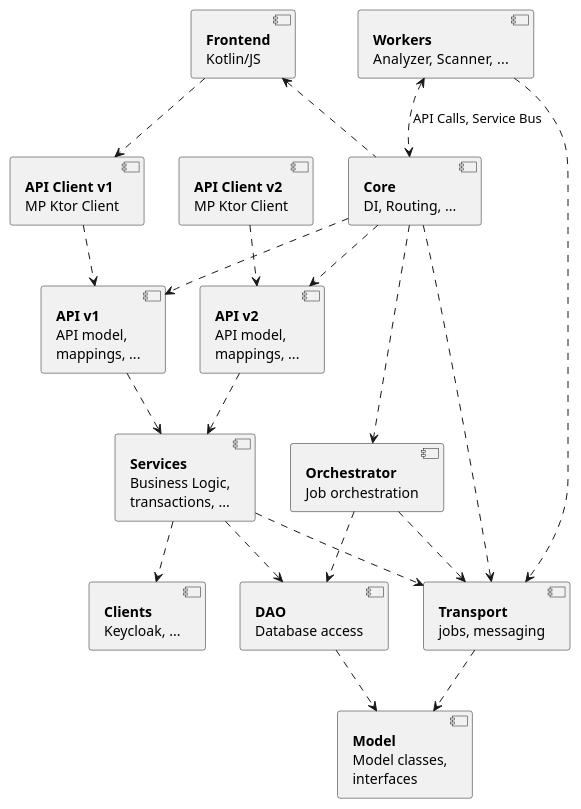
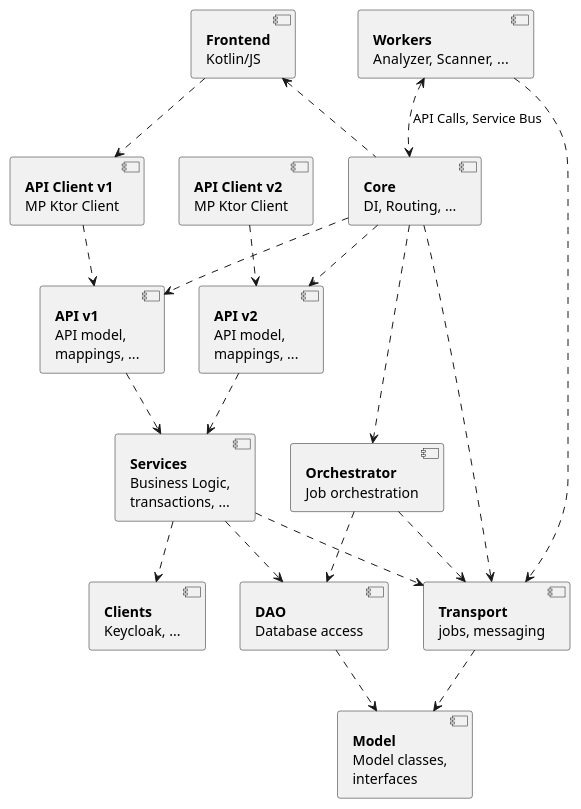
Before and after one commit to eclipse-apoapsis/ort-server: the diagram in docs/architecture/gradle_modules.puml, drawn with PlantUML. The commit also changed other lines of this file, not shown here.

```diff
--- a/docs/architecture/gradle_modules.puml
+++ b/docs/architecture/gradle_modules.puml
@@ -1,92 +1,92 @@
 @startuml
-
-component Core [
-<b>Core</b>
-DI, Routing, ...
-]
-
-component Frontend [
-<b>Frontend</b>
-Kotlin/JS
-]
 
 component ApiV1 [
 <b>API v1</b>
+API model,
+mappings, ...
+]
+
+component ApiV2 [
+<b>API v2</b>
 API model,
 mappings, ...
 ]
 
 component ApiClientV1 [
 <b>API Client v1</b>
 MP Ktor Client
 ]
 
-component ApiV2 [
-<b>API v2</b>
-API model,
-mappings, ...
-]
-
 component ApiClientV2 [
 <b>API Client v2</b>
 MP Ktor Client
+]
+
+component Clients [
+<b>Clients</b>
+Keycloak, ...
+]
+
+component Core [
+<b>Core</b>
+DI, Routing, ...
+]
+
+component Dao [
+<b>DAO</b>
+Database access
+]
+
+component Frontend [
+<b>Frontend</b>
+Kotlin/JS
+]
+
+component Model [
+<b>Model</b>
+Model classes,
+interfaces
+]
+
+component Orchestrator [
+<b>Orchestrator</b>
+Job orchestration
 ]
 
 component Services [
 <b>Services</b>
 Business Logic,
 transactions, ...
 ]
 
-component Dao [
-<b>DAO</b>
-Database access
-]
-
-component Model [
-<b>Model</b>
-Model classes,
-interfaces
-]
-
-component Clients [
-<b>Clients</b>
-Keycloak, ...
-]
-
-component Orchestrator [
-<b>Orchestrator</b>
-Job orchestration
+component Transport [
+<b>Transport</b>
+jobs, messaging
 ]
 
 component Workers [
 <b>Workers</b>
 Analyzer, Scanner, ...
-]
-
-component Transport [
-<b>Transport</b>
-jobs, messaging
 ]
 
 ApiV1 ..> Services
 ApiV2 ..> Services
 ApiClientV1 ..> ApiV1
 ApiClientV2 ..> ApiV2
 Core ..> ApiV1
 Core ..> ApiV2
 Core ..> Orchestrator
 Core ..> Transport
 Dao ..> Model
 Frontend <.. Core
 Frontend ..> ApiClientV1
 Orchestrator ..> Dao
 Orchestrator ..> Transport
 Services ..> Clients
 Services ..> Dao
 Services ..> Transport
 Transport..>Model
 Workers <..> Core : API Calls, Service Bus
 Workers ..> Transport
 
 @enduml
```
